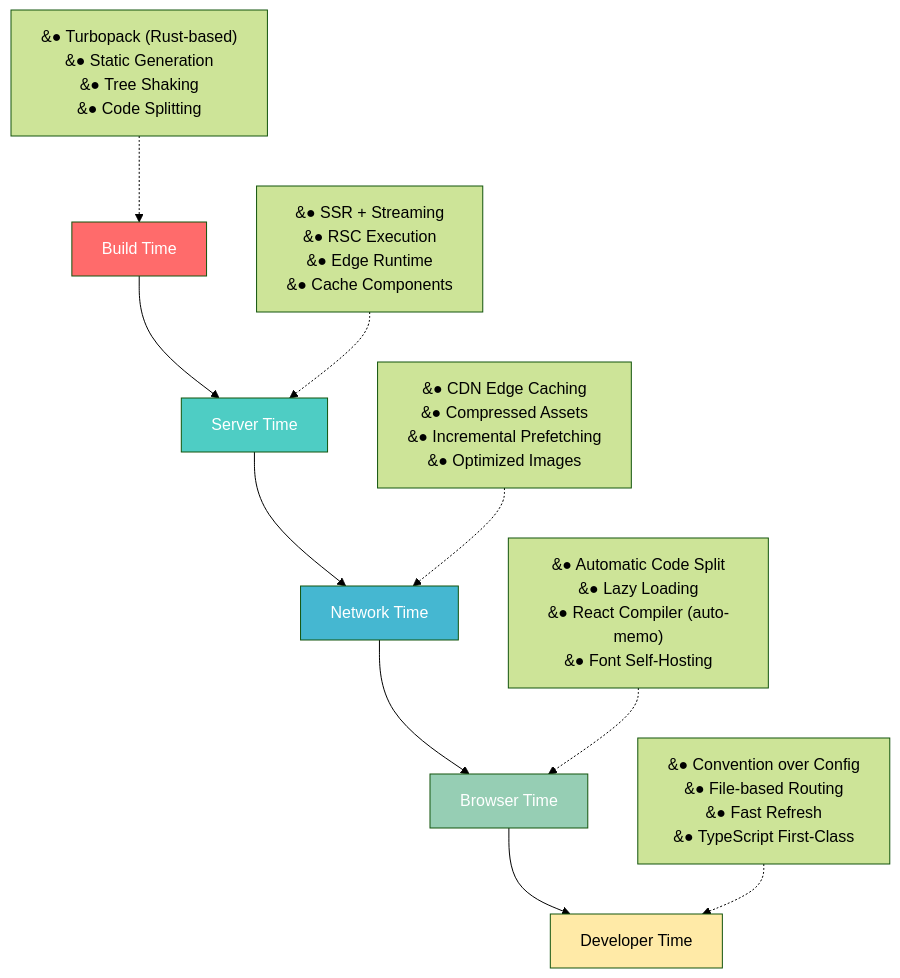
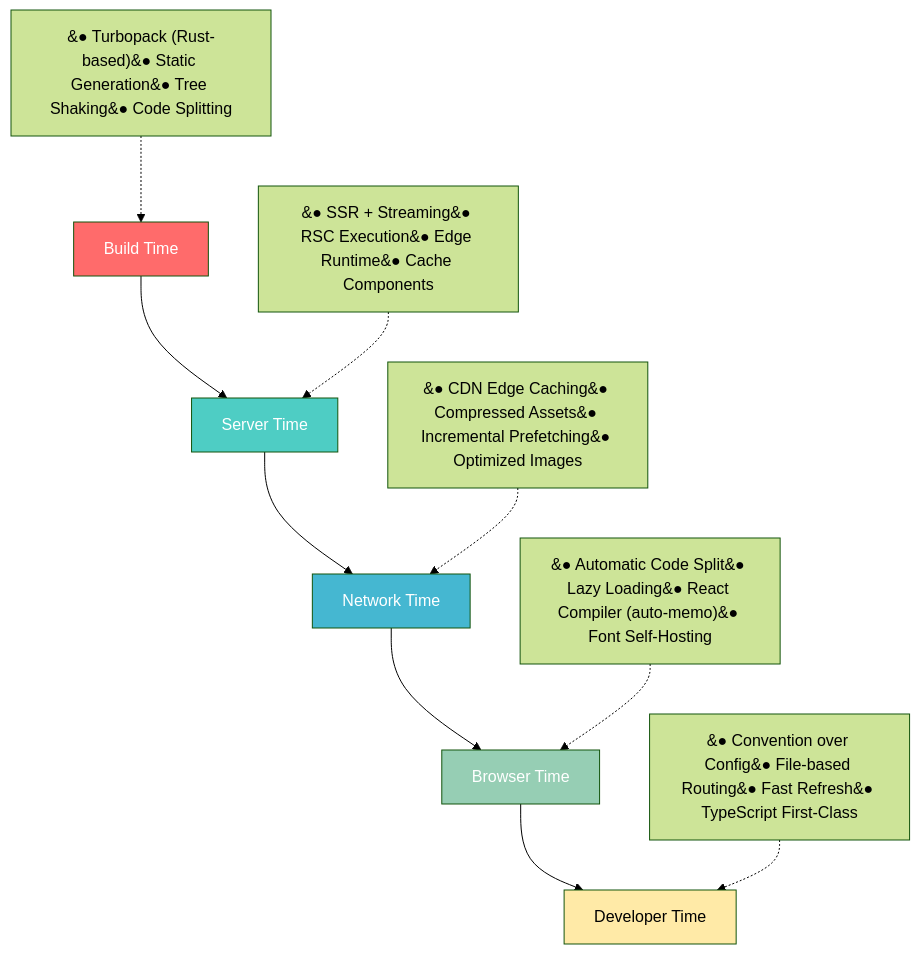
The first of 10 diagrams in src/content/materials/web/nextjs-framework-react-paling-teroptimasi-yang-pernah-dibangun.mdx (komandro-ccit/komandro-ccit.github.io), drawn with Mermaid (forest theme) before and after one commit. The commit also changed other lines of this file and 235 other files, not shown here.

````diff
--- a/src/content/materials/web/nextjs-framework-react-paling-teroptimasi-yang-pernah-dibangun.mdx
+++ b/src/content/materials/web/nextjs-framework-react-paling-teroptimasi-yang-pernah-dibangun.mdx
@@ -112,19 +112,19 @@
 ```mermaid
 graph TD
     A[Build Time] --> B[Server Time]
     B --> C[Network Time]
     C --> D[Browser Time]
     D --> E[Developer Time]
 
-    A1["&#9679; Turbopack (Rust-based)<br/>&#9679; Static Generation<br/>&#9679; Tree Shaking<br/>&#9679; Code Splitting"] -.-> A
-    B1["&#9679; SSR + Streaming<br/>&#9679; RSC Execution<br/>&#9679; Edge Runtime<br/>&#9679; Cache Components"] -.-> B
-    C1["&#9679; CDN Edge Caching<br/>&#9679; Compressed Assets<br/>&#9679; Incremental Prefetching<br/>&#9679; Optimized Images"] -.-> C
-    D1["&#9679; Automatic Code Split<br/>&#9679; Lazy Loading<br/>&#9679; React Compiler (auto-memo)<br/>&#9679; Font Self-Hosting"] -.-> D
-    E1["&#9679; Convention over Config<br/>&#9679; File-based Routing<br/>&#9679; Fast Refresh<br/>&#9679; TypeScript First-Class"] -.-> E
+    A1["&#9679; Turbopack (Rust-based)&#9679; Static Generation&#9679; Tree Shaking&#9679; Code Splitting"] -.-> A
+    B1["&#9679; SSR + Streaming&#9679; RSC Execution&#9679; Edge Runtime&#9679; Cache Components"] -.-> B
+    C1["&#9679; CDN Edge Caching&#9679; Compressed Assets&#9679; Incremental Prefetching&#9679; Optimized Images"] -.-> C
+    D1["&#9679; Automatic Code Split&#9679; Lazy Loading&#9679; React Compiler (auto-memo)&#9679; Font Self-Hosting"] -.-> D
+    E1["&#9679; Convention over Config&#9679; File-based Routing&#9679; Fast Refresh&#9679; TypeScript First-Class"] -.-> E
 
     style A fill:#ff6b6b,color:#fff
     style B fill:#4ecdc4,color:#fff
     style C fill:#45b7d1,color:#fff
     style D fill:#96ceb4,color:#fff
     style E fill:#ffeaa7,color:#000
 ```
````
